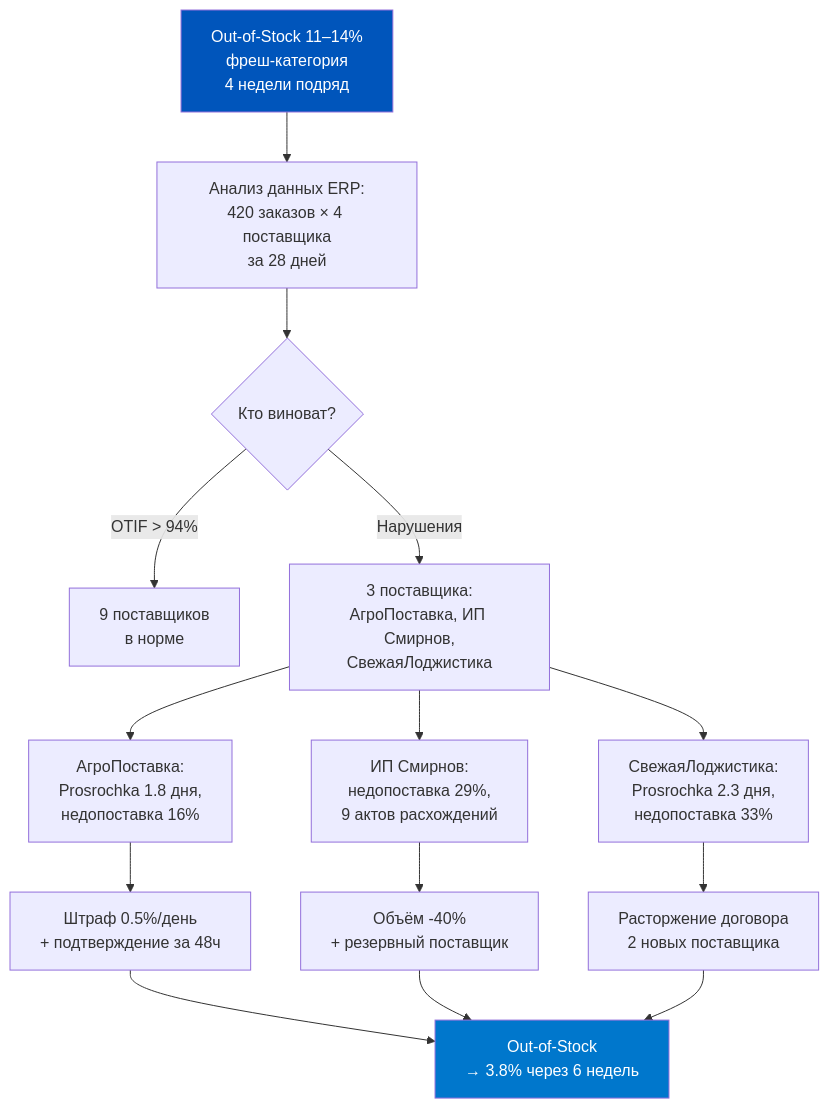
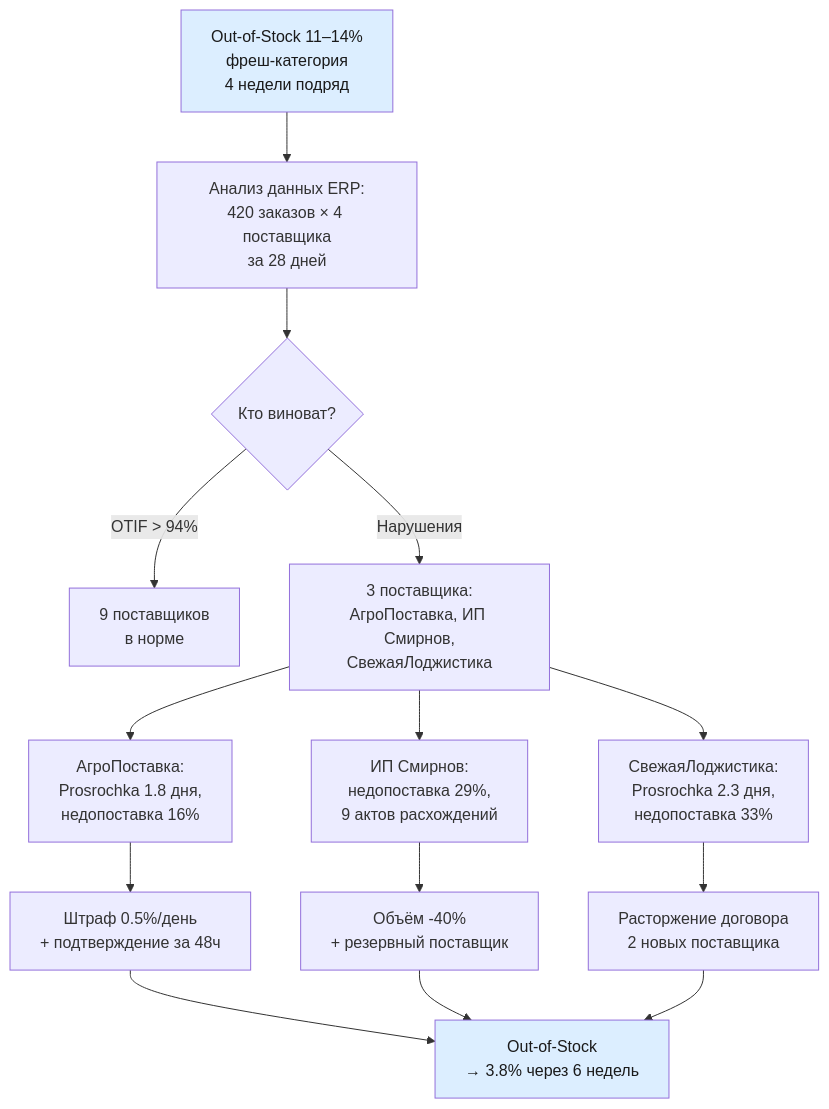
One commit to murad1986/1c-erp-quartz changed the fourth of 5 diagrams in content/1c-erp/week_3/Неделя 3 - День 5 - Мониторинг заказов.md. Above: the diagram before and after it, drawn with Mermaid. The commit also changed other lines of this file and 57 other files, not shown here.

First line of the commit message:
fix: Mermaid — пастельные цвета в источниках диаграмм (56 файлов)

````diff
--- a/content/1c-erp/week_3/Неделя 3 - День 5 - Мониторинг заказов.md
+++ b/content/1c-erp/week_3/Неделя 3 - День 5 - Мониторинг заказов.md
@@ -363,19 +363,19 @@
 ```mermaid
 flowchart TD
     A["Out-of-Stock 11–14%<br/>фреш-категория<br/>4 недели подряд"] --> B["Анализ данных ERP:<br/>420 заказов × 4 поставщика<br/>за 28 дней"]
     B --> C{Кто виноват?}
     C -->|OTIF > 94%| D["9 поставщиков<br/>в норме"]
     C -->|Нарушения| E["3 поставщика:<br/>АгроПоставка, ИП Смирнов,<br/>СвежаяЛоджистика"]
     E --> F["АгроПоставка:<br/>Prosrochka 1.8 дня,<br/>недопоставка 16%"]
     E --> G["ИП Смирнов:<br/>недопоставка 29%,<br/>9 актов расхождений"]
     E --> H["СвежаяЛоджистика:<br/>Prosrochka 2.3 дня,<br/>недопоставка 33%"]
     F --> I["Штраф 0.5%/день<br/>+ подтверждение за 48ч"]
     G --> J["Объём -40%<br/>+ резервный поставщик"]
     H --> K["Расторжение договора<br/>2 новых поставщика"]
     I --> L["Out-of-Stock<br/>→ 3.8% через 6 недель"]
     J --> L
     K --> L
 
-    style A fill:#0055BB,color:#fff
-    style L fill:#0077CC,color:#fff
+    style A fill:#dceeff,color:#1a1a1a
+    style L fill:#dceeff,color:#1a1a1a
 ```
````
